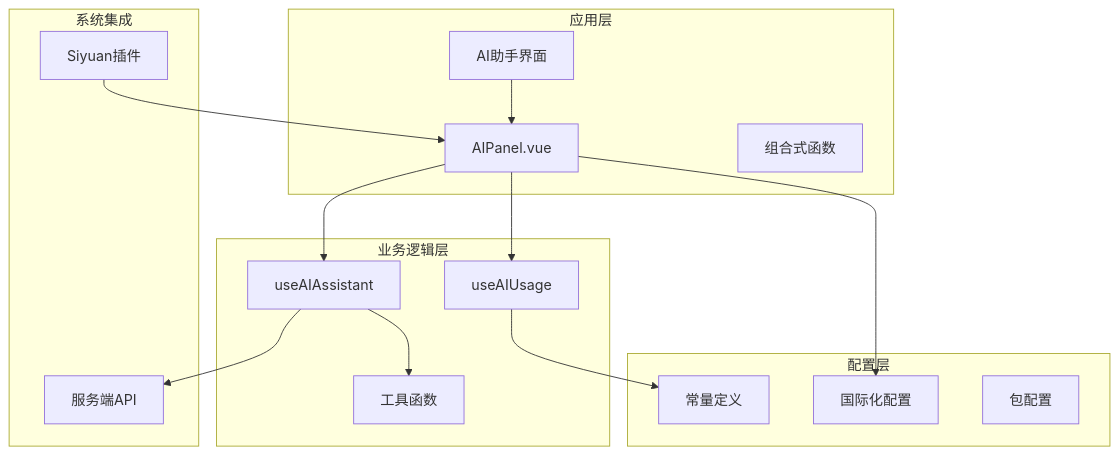
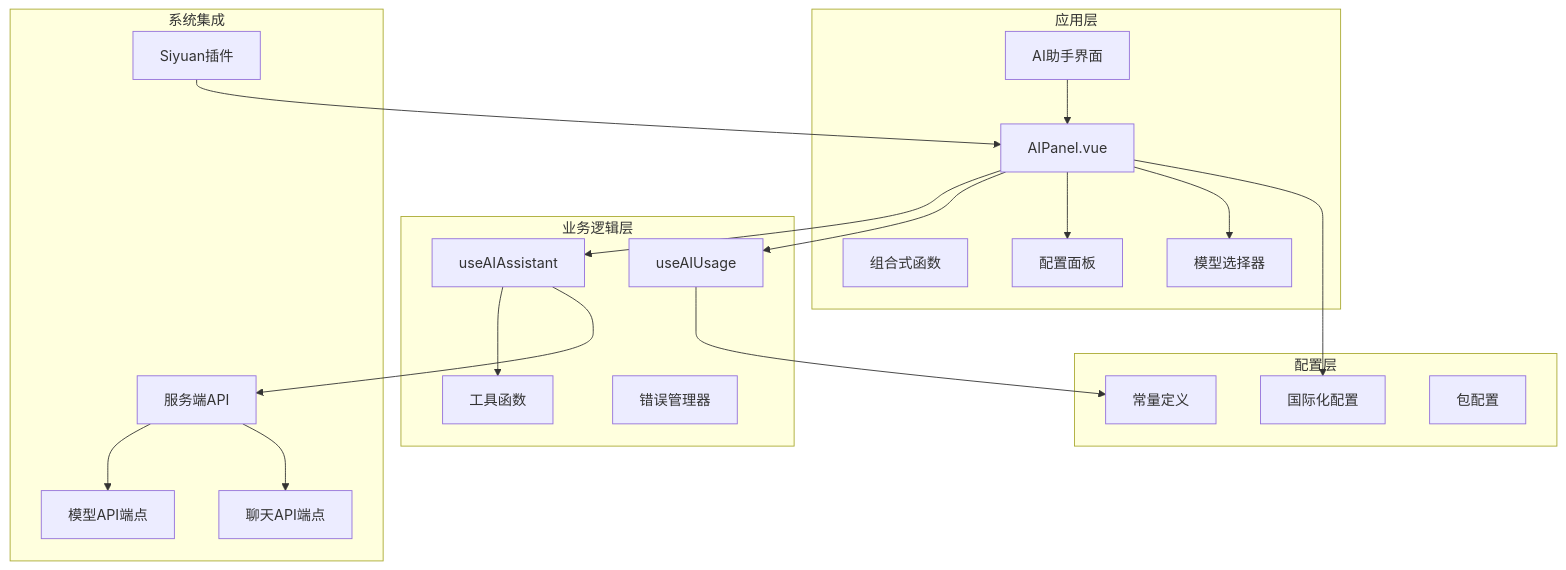
Before and after one commit to terwer/siyuan-plugin-blog: the first of 23 diagrams in .qoder/repowiki/zh/content/核心功能/AI助手系统.md, drawn with Mermaid. The commit also changed other lines of this file and 8 other files, not shown here.

Commit message:
feat(ai-assistant): add dynamic model selection & dropdown config

````diff
--- a/.qoder/repowiki/zh/content/核心功能/AI助手系统.md
+++ b/.qoder/repowiki/zh/content/核心功能/AI助手系统.md
@@ -51,30 +57,39 @@
 ```mermaid
 graph TB
 subgraph "应用层"
 UI[AI助手界面]
 Panel[AIPanel.vue]
 Composables[组合式函数]
+ConfigPanel[配置面板]
+ModelSelector[模型选择器]
 end
 subgraph "业务逻辑层"
 Assistant[useAIAssistant]
 Usage[useAIUsage]
 Utils[工具函数]
+ErrorManager[错误管理器]
 end
 subgraph "配置层"
 Constants[常量定义]
 I18n[国际化配置]
 Package[包配置]
 end
 subgraph "系统集成"
 Siyuan[Siyuan插件]
 Server[服务端API]
+ModelAPI[模型API端点]
+ChatAPI[聊天API端点]
 end
 UI --> Panel
 Panel --> Assistant
 Panel --> Usage
+Panel --> ConfigPanel
+Panel --> ModelSelector
 Assistant --> Utils
 Usage --> Constants
 Panel --> I18n
 Assistant --> Server
+Server --> ModelAPI
+Server --> ChatAPI
 Siyuan --> Panel
 ```
````
